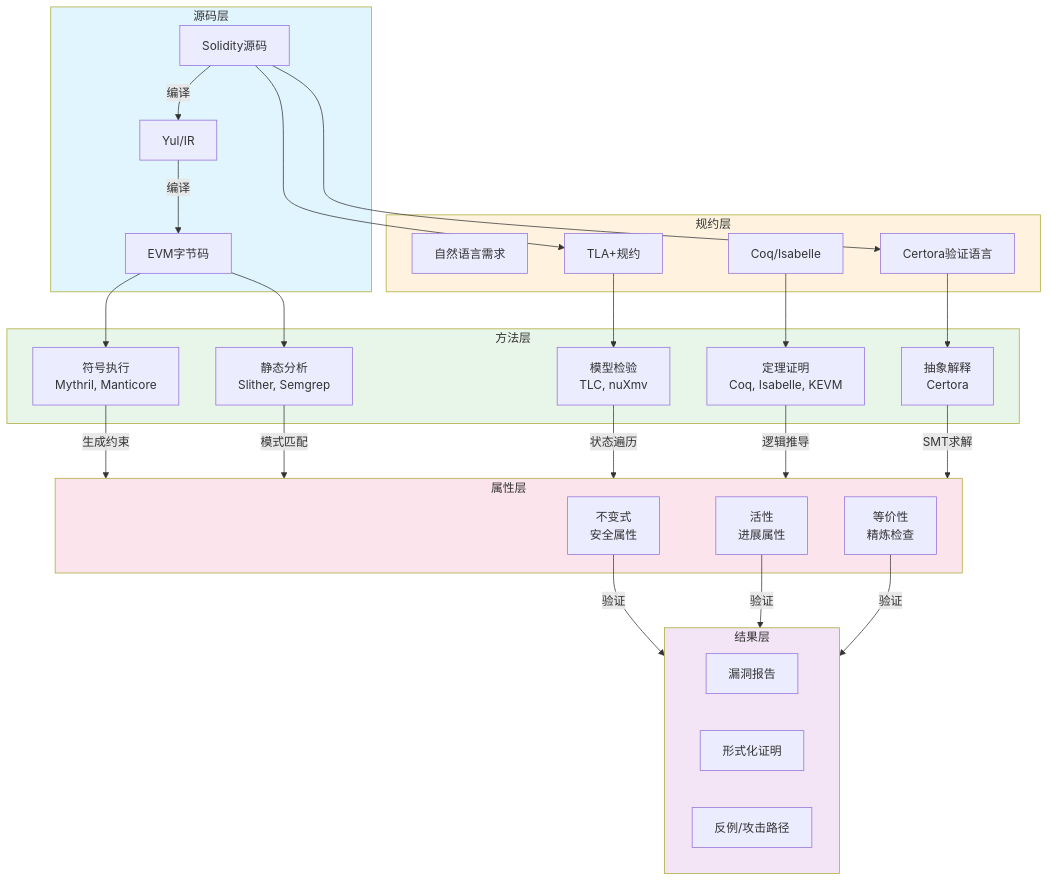
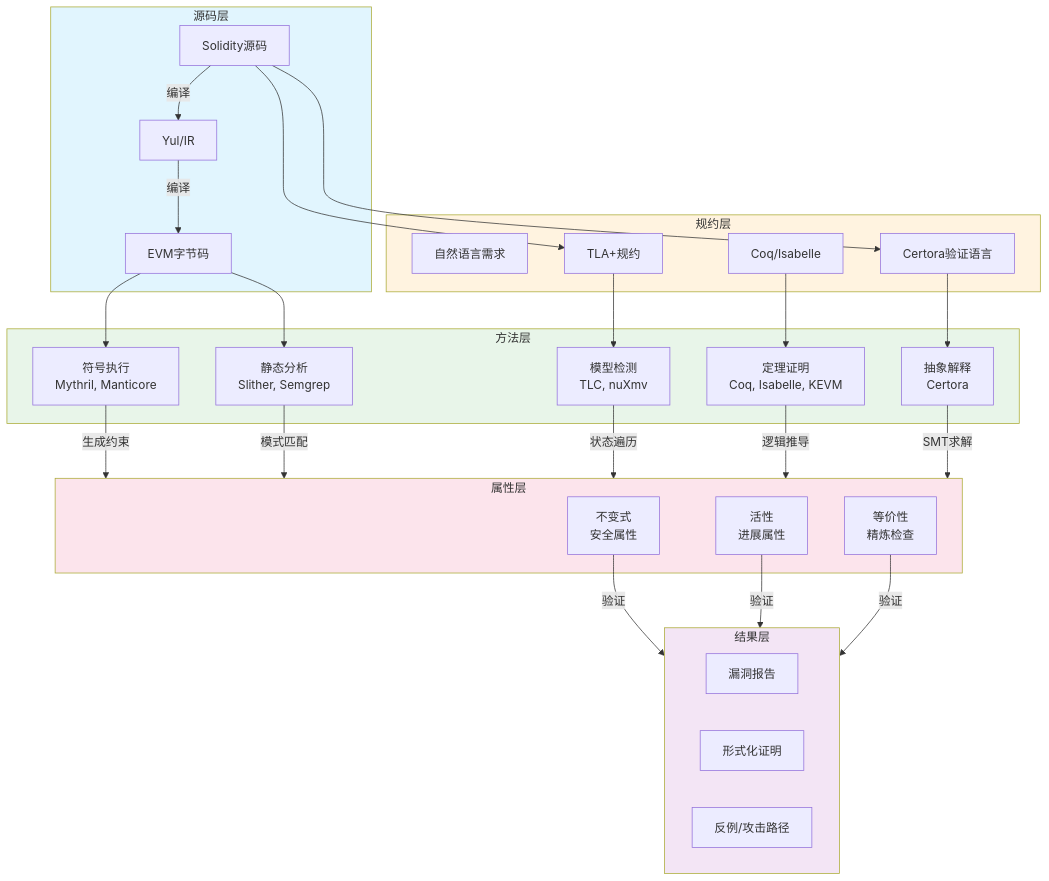
One commit to AdaMartin18010/AnalysisDataFlow changed the first of 5 diagrams in formal-methods/04-application-layer/04-blockchain-verification/01-smart-contract-formalization.md. Above: the diagram before and after it, drawn with Mermaid. The commit also changed other lines of this file and 129 other files, not shown here.

````diff
--- a/formal-methods/04-application-layer/04-blockchain-verification/01-smart-contract-formalization.md
+++ b/formal-methods/04-application-layer/04-blockchain-verification/01-smart-contract-formalization.md
@@ -854,61 +854,61 @@
 ```mermaid
 graph TB
     subgraph Source["源码层"]
         SOL["Solidity源码"]
         YUL["Yul/IR"]
         BYTE["EVM字节码"]
     end
 
     subgraph Spec["规约层"]
         NL["自然语言需求"]
         TLA["TLA+规约"]
         CVL["Certora验证语言"]
         COQ["Coq/Isabelle"]
     end
 
     subgraph Method["方法层"]
         SE["符号执行<br/>Mythril, Manticore"]
         SA["静态分析<br/>Slither, Semgrep"]
-        MC["模型检验<br/>TLC, nuXmv"]
+        MC["模型检测<br/>TLC, nuXmv"]
         TP["定理证明<br/>Coq, Isabelle, KEVM"]
         ABS["抽象解释<br/>Certora"]
     end
 
     subgraph Property["属性层"]
         INV["不变式<br/>安全属性"]
         LIV["活性<br/>进展属性"]
         EQV["等价性<br/>精炼检查"]
     end
 
     subgraph Result["结果层"]
         VULN["漏洞报告"]
         PROOF["形式化证明"]
         CEX["反例/攻击路径"]
     end
 
     SOL -->|编译| YUL -->|编译| BYTE
     BYTE --> SE
     BYTE --> SA
     SOL --> CVL
     SOL --> TLA
 
     TLA --> MC
     CVL --> ABS
     COQ --> TP
 
     SE -->|生成约束| Property
     SA -->|模式匹配| Property
     MC -->|状态遍历| Property
     TP -->|逻辑推导| Property
     ABS -->|SMT求解| Property
 
     INV -->|验证| Result
     LIV -->|验证| Result
     EQV -->|验证| Result
 
     style Source fill:#e1f5fe
     style Spec fill:#fff3e0
     style Method fill:#e8f5e9
     style Property fill:#fce4ec
     style Result fill:#f3e5f5
 ```
````
